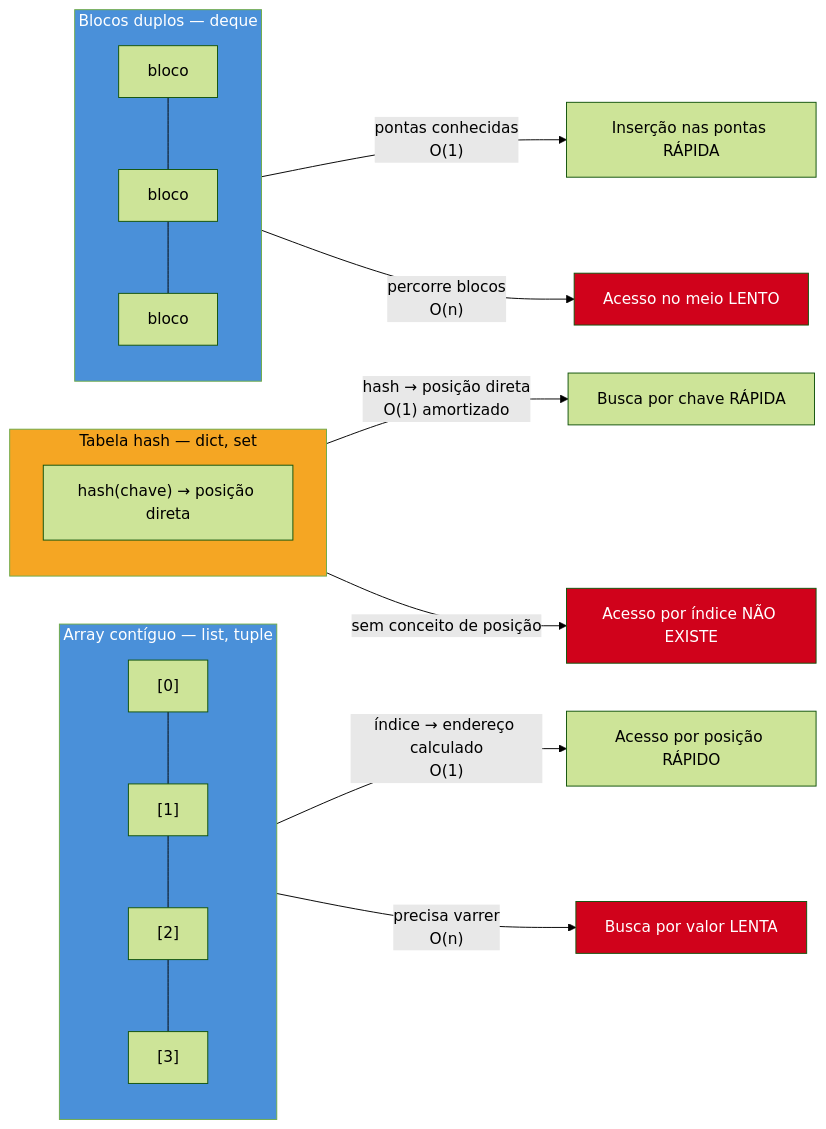
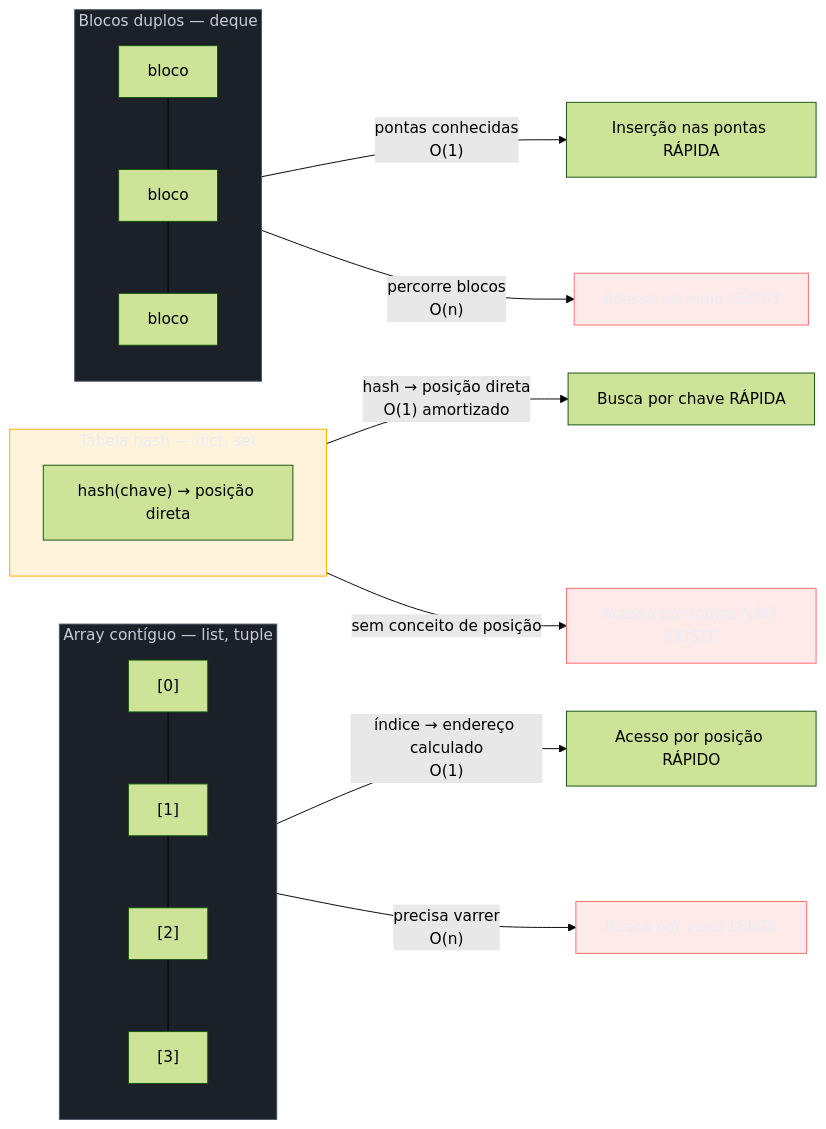
The first of 2 diagrams in 03-Dominios/Tecnologia/Python/Collections e Comprehensions/08 - Escolhendo a estrutura certa.md (josenaldo/codex-technomanticus), drawn with Mermaid (forest theme) before and after one commit. The commit also changed other lines of this file and 1181 other files, not shown here.

First line of the commit message:
fix(diagramas): paleta do sistema no lugar de cor cravada no markdown

````diff
--- a/03-Dominios/Tecnologia/Python/Collections e Comprehensions/08 - Escolhendo a estrutura certa.md
+++ b/03-Dominios/Tecnologia/Python/Collections e Comprehensions/08 - Escolhendo a estrutura certa.md
@@ -87,26 +87,29 @@
 ```mermaid
 flowchart LR
+    classDef neutro fill:#1B2029,stroke:#4E5666,color:#C6CCD8
+    classDef destaque fill:#FFAA0024,stroke:#FFAA00,color:#E9ECF2
+    classDef falha fill:#FF6B6B24,stroke:#FF6B6B,color:#E9ECF2
     subgraph Array["Array contíguo — list, tuple"]
         A0["[0]"] --- A1["[1]"] --- A2["[2]"] --- A3["[3]"]
     end
     subgraph Hash["Tabela hash — dict, set"]
         H["hash(chave) → posição direta"]
     end
     subgraph Blocos["Blocos duplos — deque"]
         B0["bloco"] --- B1["bloco"] --- B2["bloco"]
     end
 
     Array -->|"índice → endereço calculado<br/>O(1)"| AR["Acesso por posição RÁPIDO"]
     Array -->|"precisa varrer<br/>O(n)"| AS["Busca por valor LENTA"]
     Hash -->|"hash → posição direta<br/>O(1) amortizado"| HS["Busca por chave RÁPIDA"]
     Hash -->|"sem conceito de posição"| HP["Acesso por índice NÃO EXISTE"]
     Blocos -->|"pontas conhecidas<br/>O(1)"| BE["Inserção nas pontas RÁPIDA"]
     Blocos -->|"percorre blocos<br/>O(n)"| BM["Acesso no meio LENTO"]
 
-    style Array fill:#4A90D9,color:#fff
-    style Hash fill:#F5A623,color:#000
-    style Blocos fill:#4A90D9,color:#fff
-    style AS fill:#D0021B,color:#fff
-    style HP fill:#D0021B,color:#fff
-    style BM fill:#D0021B,color:#fff
+    class Array neutro
+    class Hash destaque
+    class Blocos neutro
+    class AS falha
+    class HP falha
+    class BM falha
 ```
````
